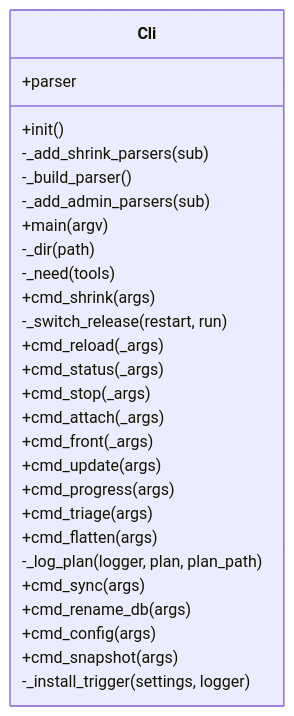
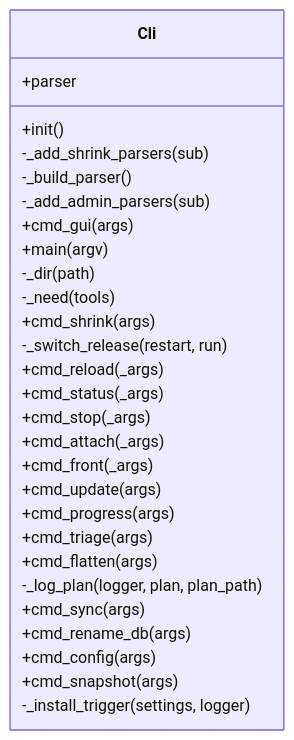
The diagram in docs/img/uml_cli.mmd (peddanet/mediatools), drawn with Mermaid before and after one commit. The commit also changed 39 other files, not shown here.

```diff
--- a/docs/img/uml_cli.mmd
+++ b/docs/img/uml_cli.mmd
@@ -1,29 +1,30 @@
 classDiagram
   direction LR
   class Cli {
     +parser
     +init()
     -_add_shrink_parsers(sub)
     -_build_parser()
     -_add_admin_parsers(sub)
+    +cmd_gui(args)
     +main(argv)
     -_dir(path)
     -_need(tools)
     +cmd_shrink(args)
     -_switch_release(restart, run)
     +cmd_reload(_args)
     +cmd_status(_args)
     +cmd_stop(_args)
     +cmd_attach(_args)
     +cmd_front(_args)
     +cmd_update(args)
     +cmd_progress(args)
     +cmd_triage(args)
     +cmd_flatten(args)
     -_log_plan(logger, plan, plan_path)
     +cmd_sync(args)
     +cmd_rename_db(args)
     +cmd_config(args)
     +cmd_snapshot(args)
     -_install_trigger(settings, logger)
   }
```
